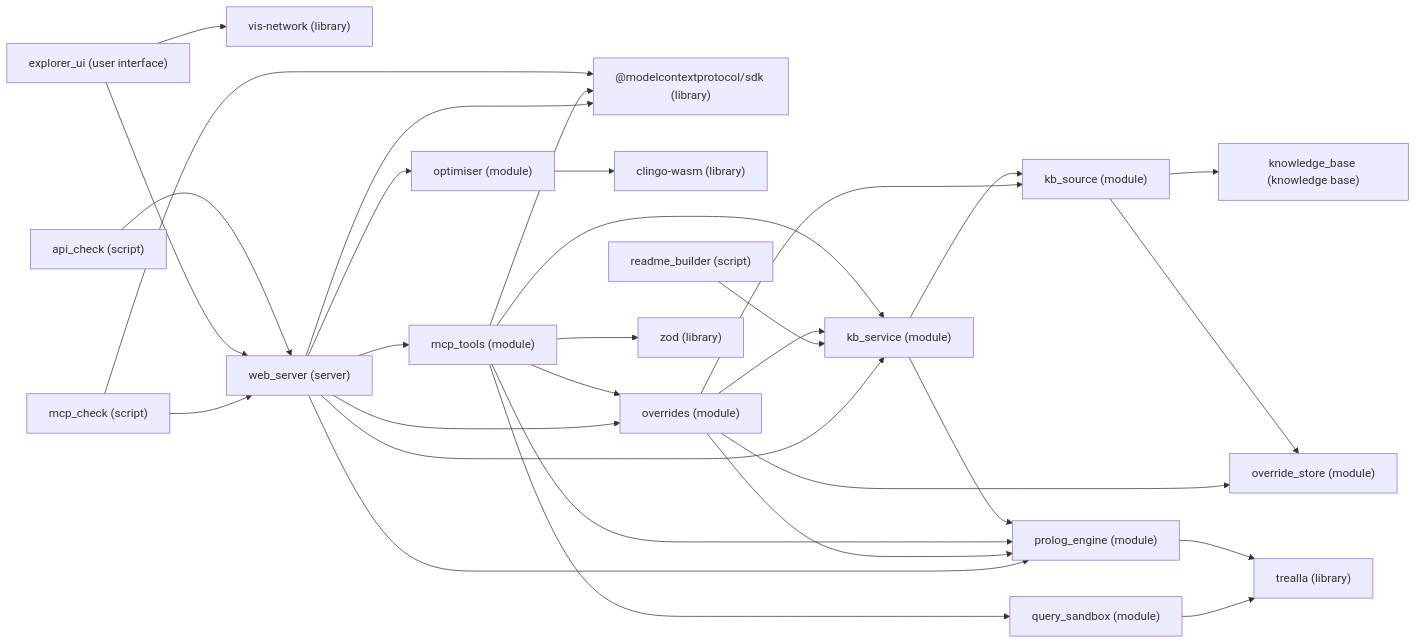
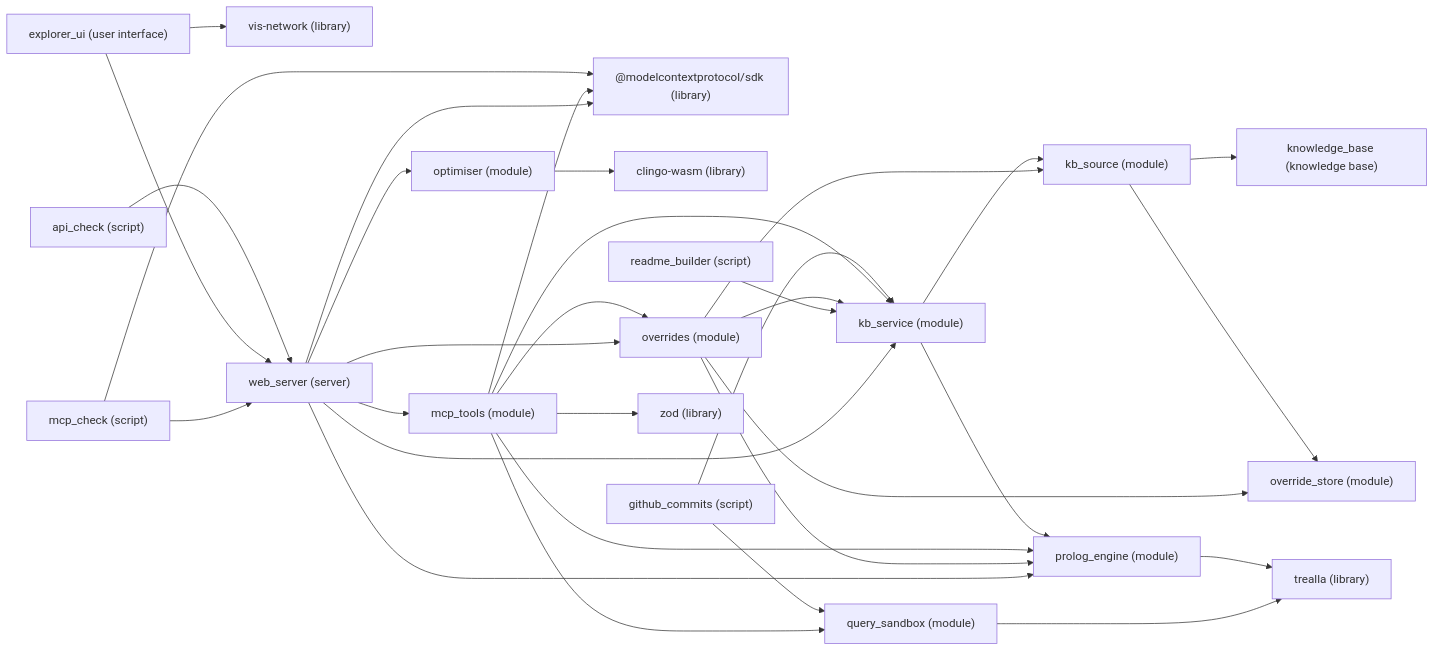
Before and after one commit to liquidityhouse/onboarding: the diagram in README.md, drawn with Mermaid. The commit also changed other lines of this file and 3 other files, not shown here.

````diff
--- a/README.md
+++ b/README.md
@@ -11,51 +11,54 @@
 ```mermaid
 graph LR
   n0["@modelcontextprotocol/sdk (library)"]
   n1["api_check (script)"]
   n2["clingo-wasm (library)"]
   n3["explorer_ui (user interface)"]
-  n4["kb_service (module)"]
-  n5["kb_source (module)"]
-  n6["knowledge_base (knowledge base)"]
-  n7["mcp_check (script)"]
-  n8["mcp_tools (module)"]
-  n9["optimiser (module)"]
-  n10["override_store (module)"]
-  n11["overrides (module)"]
-  n12["prolog_engine (module)"]
-  n13["query_sandbox (module)"]
-  n14["readme_builder (script)"]
-  n15["trealla (library)"]
-  n16["vis-network (library)"]
-  n17["web_server (server)"]
-  n18["zod (library)"]
-  n1 --> n17
-  n3 --> n16
+  n4["github_commits (script)"]
+  n5["kb_service (module)"]
+  n6["kb_source (module)"]
+  n7["knowledge_base (knowledge base)"]
+  n8["mcp_check (script)"]
+  n9["mcp_tools (module)"]
+  n10["optimiser (module)"]
+  n11["override_store (module)"]
+  n12["overrides (module)"]
+  n13["prolog_engine (module)"]
+  n14["query_sandbox (module)"]
+  n15["readme_builder (script)"]
+  n16["trealla (library)"]
+  n17["vis-network (library)"]
+  n18["web_server (server)"]
+  n19["zod (library)"]
+  n1 --> n18
   n3 --> n17
+  n3 --> n18
   n4 --> n5
-  n4 --> n12
+  n4 --> n14
   n5 --> n6
-  n5 --> n10
-  n7 --> n0
-  n7 --> n17
+  n5 --> n13
+  n6 --> n7
+  n6 --> n11
   n8 --> n0
-  n8 --> n4
-  n8 --> n11
-  n8 --> n12
-  n8 --> n13
   n8 --> n18
-  n9 --> n2
-  n11 --> n4
-  n11 --> n5
-  n11 --> n10
-  n11 --> n12
-  n12 --> n15
-  n13 --> n15
-  n14 --> n4
-  n17 --> n0
-  n17 --> n4
-  n17 --> n8
-  n17 --> n9
-  n17 --> n11
-  n17 --> n12
+  n9 --> n0
+  n9 --> n5
+  n9 --> n12
+  n9 --> n13
+  n9 --> n14
+  n9 --> n19
+  n10 --> n2
+  n12 --> n5
+  n12 --> n6
+  n12 --> n11
+  n12 --> n13
+  n13 --> n16
+  n14 --> n16
+  n15 --> n5
+  n18 --> n0
+  n18 --> n5
+  n18 --> n9
+  n18 --> n10
+  n18 --> n12
+  n18 --> n13
 ```
````
